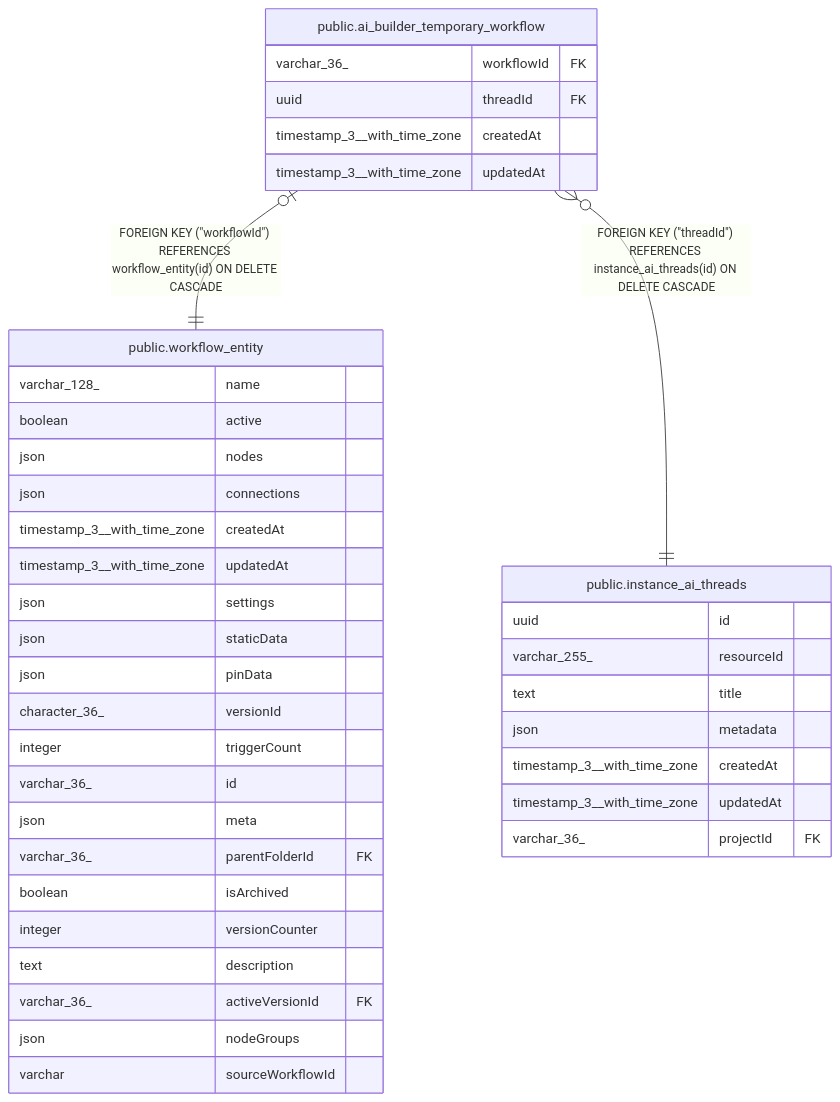
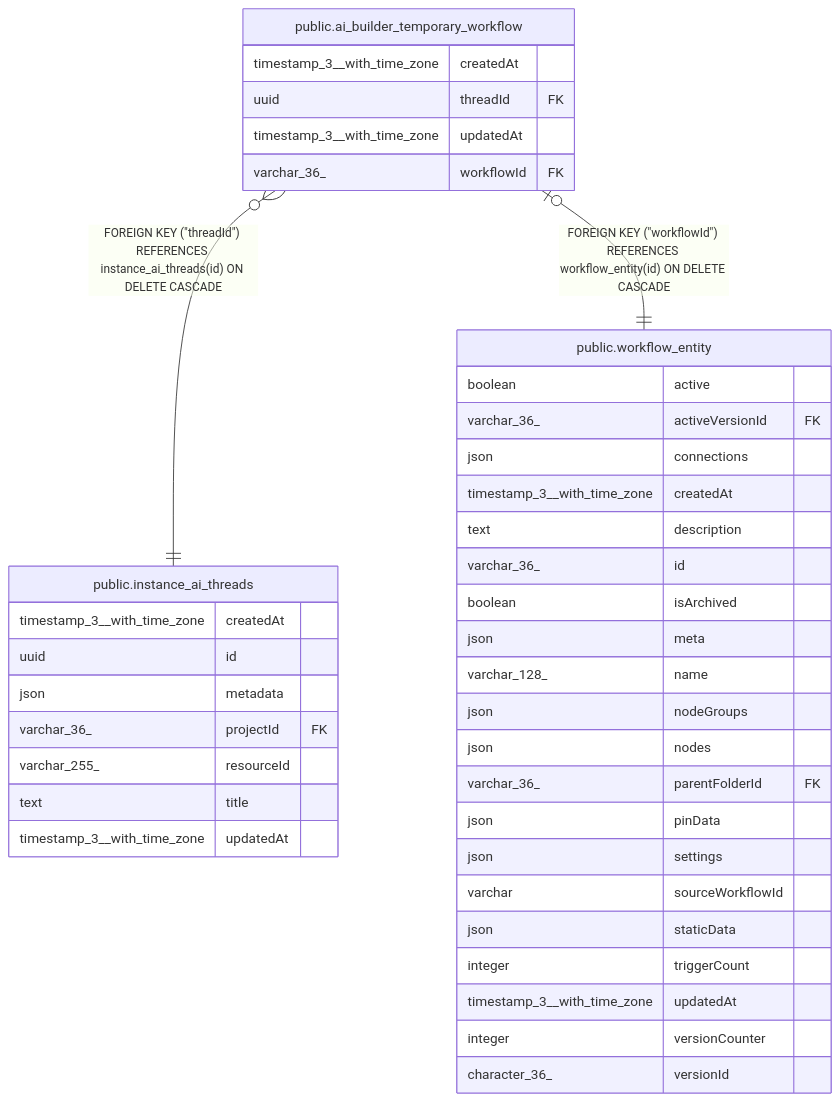
One commit to mayankjain1815-commits/n8n changed the diagram in docs/generated/postgres-schema/public.ai_builder_temporary_workflow.md. Above: the diagram before and after it, drawn with Mermaid. The commit also changed other lines of this file and 221 other files, not shown here.

Commit message:
chore(core): Make DB schema docs generation deterministic (#32373)

````diff
--- a/docs/generated/postgres-schema/public.ai_builder_temporary_workflow.md
+++ b/docs/generated/postgres-schema/public.ai_builder_temporary_workflow.md
@@ -33,44 +33,44 @@
 ```mermaid
 erDiagram
 
+"public.ai_builder_temporary_workflow" }o--|| "public.instance_ai_threads" : "FOREIGN KEY (#quot;threadId#quot;) REFERENCES instance_ai_threads(id) ON DELETE CASCADE"
 "public.ai_builder_temporary_workflow" |o--|| "public.workflow_entity" : "FOREIGN KEY (#quot;workflowId#quot;) REFERENCES workflow_entity(id) ON DELETE CASCADE"
-"public.ai_builder_temporary_workflow" }o--|| "public.instance_ai_threads" : "FOREIGN KEY (#quot;threadId#quot;) REFERENCES instance_ai_threads(id) ON DELETE CASCADE"
 
 "public.ai_builder_temporary_workflow" {
+  timestamp_3__with_time_zone createdAt
+  uuid threadId FK
+  timestamp_3__with_time_zone updatedAt
   varchar_36_ workflowId FK
-  uuid threadId FK
+}
+"public.instance_ai_threads" {
   timestamp_3__with_time_zone createdAt
+  uuid id
+  json metadata
+  varchar_36_ projectId FK
+  varchar_255_ resourceId
+  text title
   timestamp_3__with_time_zone updatedAt
 }
 "public.workflow_entity" {
-  varchar_128_ name
   boolean active
-  json nodes
+  varchar_36_ activeVersionId FK
   json connections
   timestamp_3__with_time_zone createdAt
+  text description
+  varchar_36_ id
+  boolean isArchived
+  json meta
+  varchar_128_ name
+  json nodeGroups
+  json nodes
+  varchar_36_ parentFolderId FK
+  json pinData
+  json settings
+  varchar sourceWorkflowId
+  json staticData
+  integer triggerCount
   timestamp_3__with_time_zone updatedAt
-  json settings
-  json staticData
-  json pinData
+  integer versionCounter
   character_36_ versionId
-  integer triggerCount
-  varchar_36_ id
-  json meta
-  varchar_36_ parentFolderId FK
-  boolean isArchived
-  integer versionCounter
-  text description
-  varchar_36_ activeVersionId FK
-  json nodeGroups
-  varchar sourceWorkflowId
-}
-"public.instance_ai_threads" {
-  uuid id
-  varchar_255_ resourceId
-  text title
-  json metadata
-  timestamp_3__with_time_zone createdAt
-  timestamp_3__with_time_zone updatedAt
-  varchar_36_ projectId FK
 }
 ```
````
